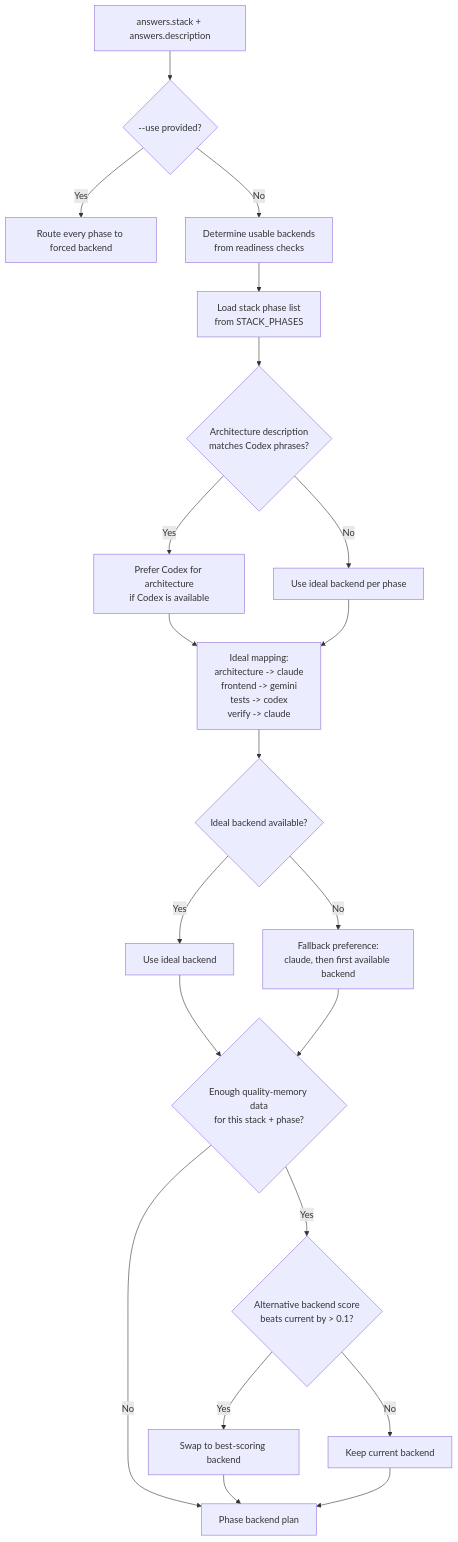
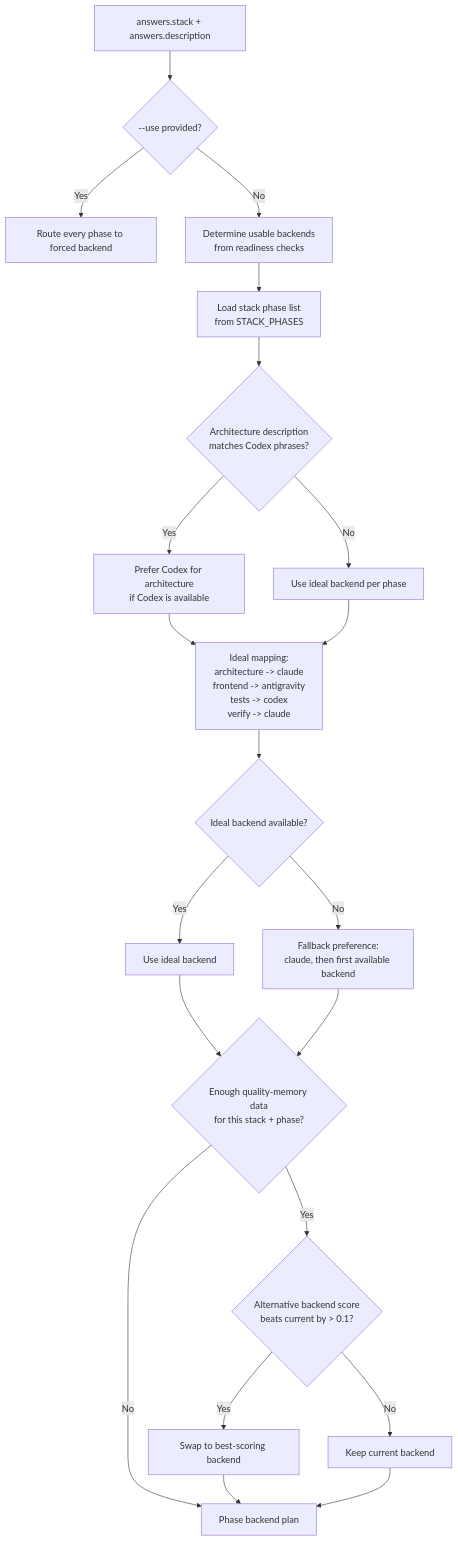
Before and after one commit to Schramm2/projectforge: the first of 2 diagrams in docs/diagrams/forge-routing-and-execution.md, drawn with Mermaid. The commit also changed 46 other files, not shown here.

First line of the commit message:
feat!: replace Gemini CLI with Antigravity

````diff
--- a/docs/diagrams/forge-routing-and-execution.md
+++ b/docs/diagrams/forge-routing-and-execution.md
@@ -13,29 +13,29 @@
 ```mermaid
 flowchart TD
     Start["answers.stack + answers.description"] --> Override{"--use provided?"}
 
     Override -- Yes --> Forced["Route every phase to forced backend"]
     Override -- No --> Available["Determine usable backends<br/>from readiness checks"]
 
     Available --> Phases["Load stack phase list<br/>from STACK_PHASES"]
     Phases --> CodexHint{"Architecture description<br/>matches Codex phrases?"}
 
     CodexHint -- Yes --> ArchChoice["Prefer Codex for architecture<br/>if Codex is available"]
     CodexHint -- No --> IdealChoice["Use ideal backend per phase"]
 
     ArchChoice --> IdealMap
-    IdealChoice --> IdealMap["Ideal mapping:<br/>architecture -> claude<br/>frontend -> gemini<br/>tests -> codex<br/>verify -> claude"]
+    IdealChoice --> IdealMap["Ideal mapping:<br/>architecture -> claude<br/>frontend -> antigravity<br/>tests -> codex<br/>verify -> claude"]
 
     IdealMap --> Fallback{"Ideal backend available?"}
     Fallback -- Yes --> Routed["Use ideal backend"]
     Fallback -- No --> FallbackPick["Fallback preference:<br/>claude, then first available backend"]
 
     Routed --> Quality{"Enough quality-memory data<br/>for this stack + phase?"}
     FallbackPick --> Quality
     Quality -- No --> PhasePlan["Phase backend plan"]
     Quality -- Yes --> QualityMargin{"Alternative backend score<br/>beats current by > 0.1?"}
     QualityMargin -- Yes --> OverrideByQuality["Swap to best-scoring backend"]
     QualityMargin -- No --> KeepCurrent["Keep current backend"]
     OverrideByQuality --> PhasePlan
     KeepCurrent --> PhasePlan
 ```
````
